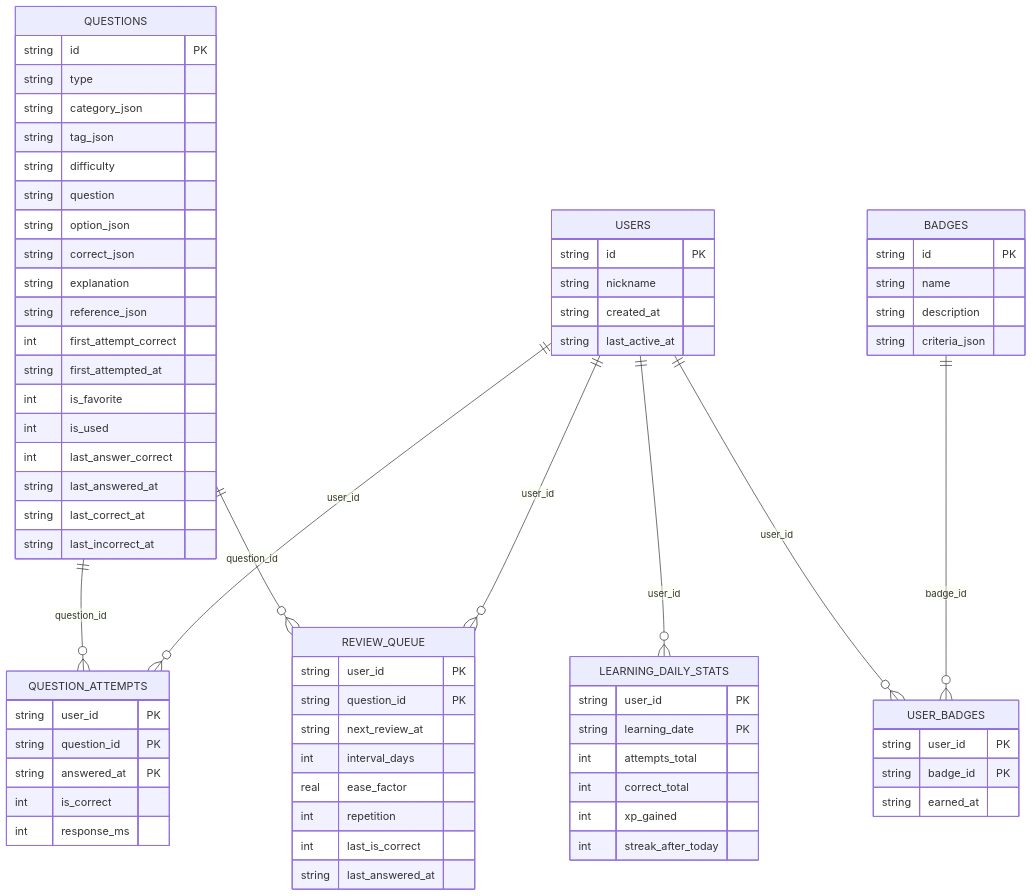
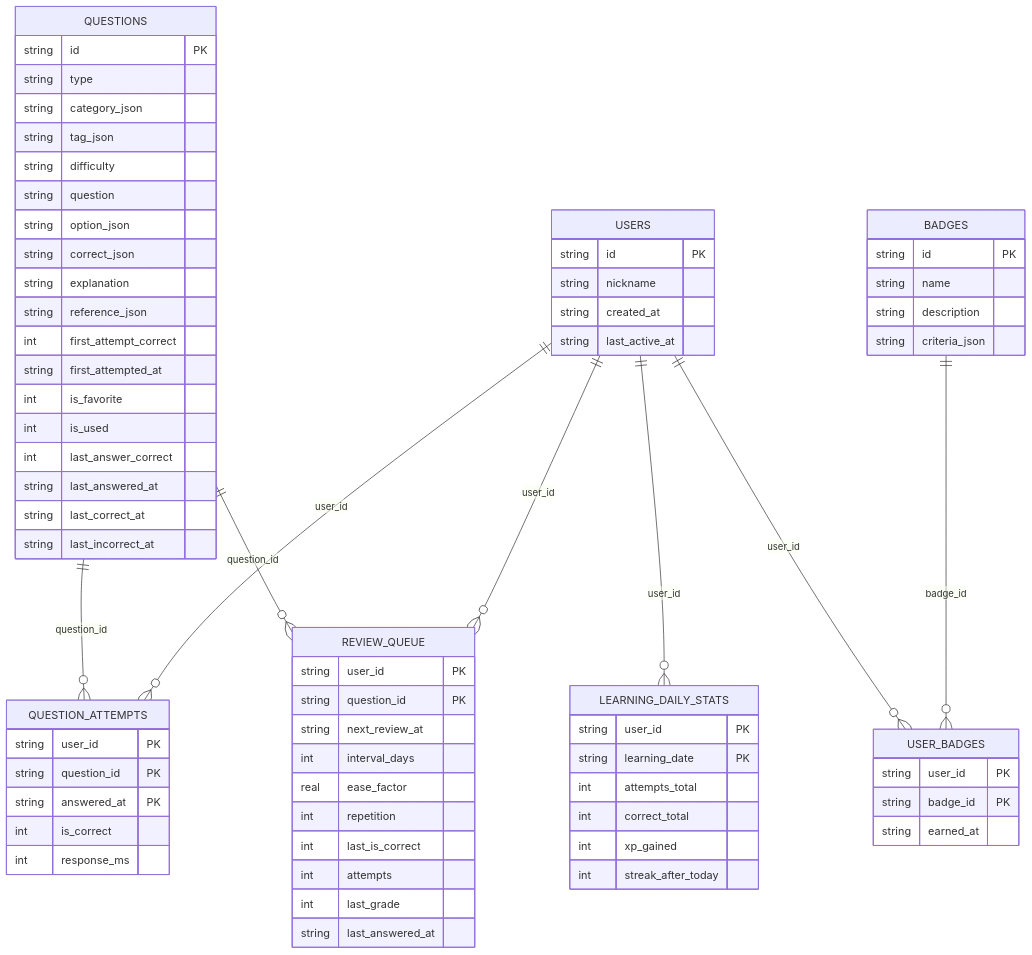
One commit to kokiSAT0/AnesQuizAdmin changed the diagram in docs/sqlite_schema.md. Above: the diagram before and after it, drawn with Mermaid. The commit also changed other lines of this file and 5 other files, not shown here.

```diff
--- a/docs/sqlite_schema.md
+++ b/docs/sqlite_schema.md
@@ -48,6 +48,8 @@
       real    ease_factor
       int     repetition
       int     last_is_correct
+      int     attempts
+      int     last_grade
       string  last_answered_at
     }
 
```
